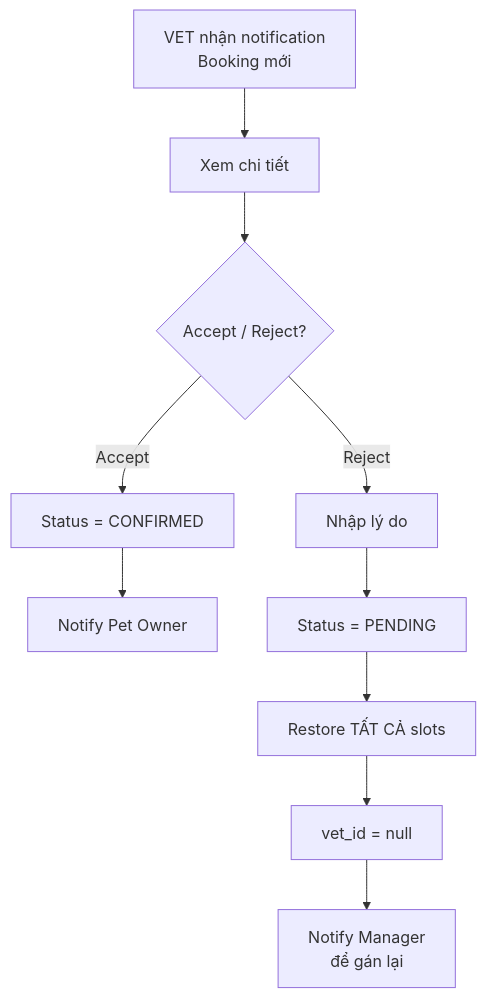
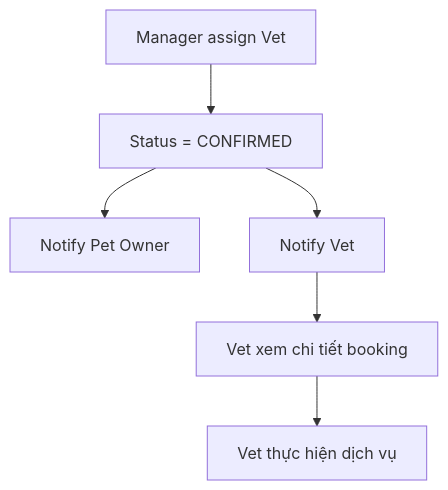
The fourth of 5 diagrams in docs-references/documentation/VET_SCHEDULING_STRATEGY.md (espresso23/Petties-Veterinary-Appointment-Booking-Platform), drawn with Mermaid before and after one commit. The commit also changed other lines of this file and 15 other files, not shown here.

````diff
--- a/docs-references/documentation/VET_SCHEDULING_STRATEGY.md
+++ b/docs-references/documentation/VET_SCHEDULING_STRATEGY.md
@@ -263,14 +260,8 @@
 ```mermaid
 flowchart TB
-    A["VET nhận notification<br/>Booking mới"] --> B["Xem chi tiết"]
-    B --> C{"Accept / Reject?"}
-    
-    C -->|Accept| D["Status = CONFIRMED"]
-    D --> E["Notify Pet Owner"]
-    
-    C -->|Reject| F["Nhập lý do"]
-    F --> G["Status = PENDING"]
-    G --> H["Restore TẤT CẢ slots"]
-    H --> I["vet_id = null"]
-    I --> J["Notify Manager<br/>để gán lại"]
+    A["Manager assign Vet"] --> B["Status = CONFIRMED"]
+    B --> C["Notify Pet Owner"]
+    B --> D["Notify Vet"]
+    D --> E["Vet xem chi tiết booking"]
+    E --> F["Vet thực hiện dịch vụ"]
 ```
````
